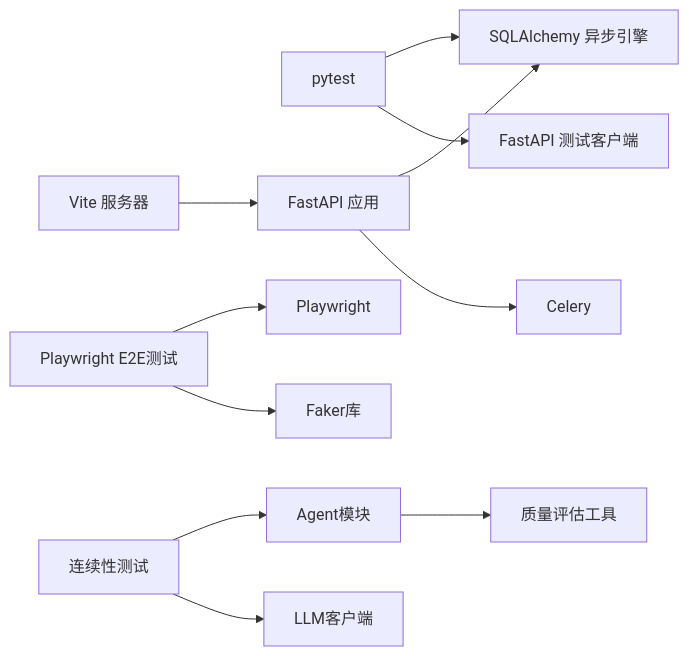
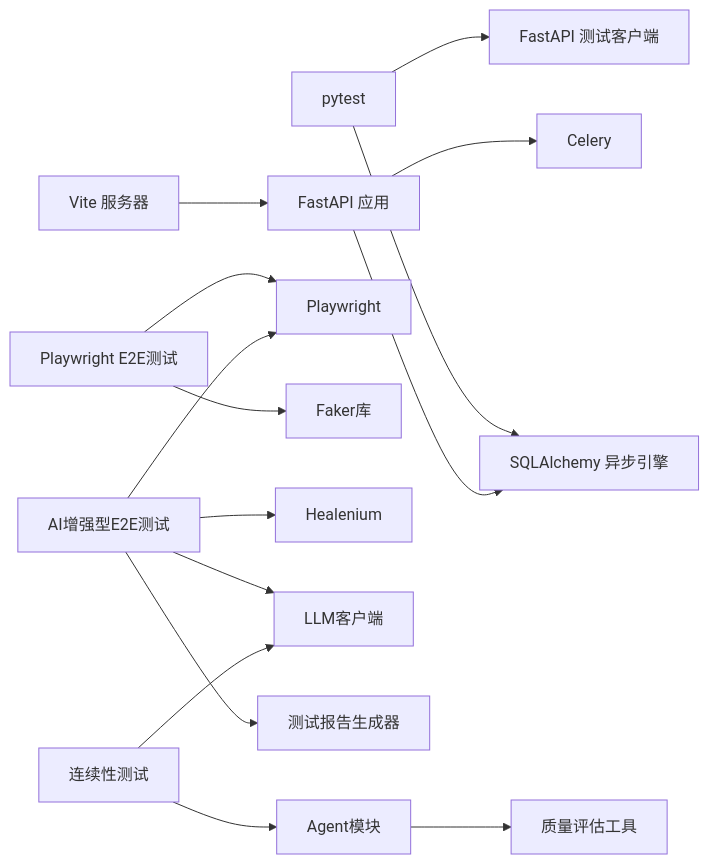
The eighth of 8 diagrams in .qoder/repowiki/zh/content/测试策略/测试策略.md (xfbyxq/ai-novel-system), drawn with Mermaid before and after one commit. The commit also changed other lines of this file and 3 other files, not shown here.

````diff
--- a/.qoder/repowiki/zh/content/测试策略/测试策略.md
+++ b/.qoder/repowiki/zh/content/测试策略/测试策略.md
@@ -432,13 +560,17 @@
 ```mermaid
 graph LR
 PY["pytest"] --> DB["SQLAlchemy 异步引擎"]
 PY --> HTTP["FastAPI 测试客户端"]
 VITE["Vite 服务器"] --> BE["FastAPI 应用"]
 BE --> DB
 BE --> CEL["Celery"]
 E2E["Playwright E2E测试"] --> PW["Playwright"]
 E2E --> FAKE["Faker库"]
+AI_E2E["AI增强型E2E测试"] --> PW
+AI_E2E --> HL["Healenium"]
+AI_E2E --> LLM["LLM客户端"]
+AI_E2E --> REPORT["测试报告生成器"]
 CONTINUITY["连续性测试"] --> AGENTS["Agent模块"]
-CONTINUITY --> LLM["LLM客户端"]
+CONTINUITY --> LLM
 AGENTS --> QUALITY["质量评估工具"]
 ```
````
